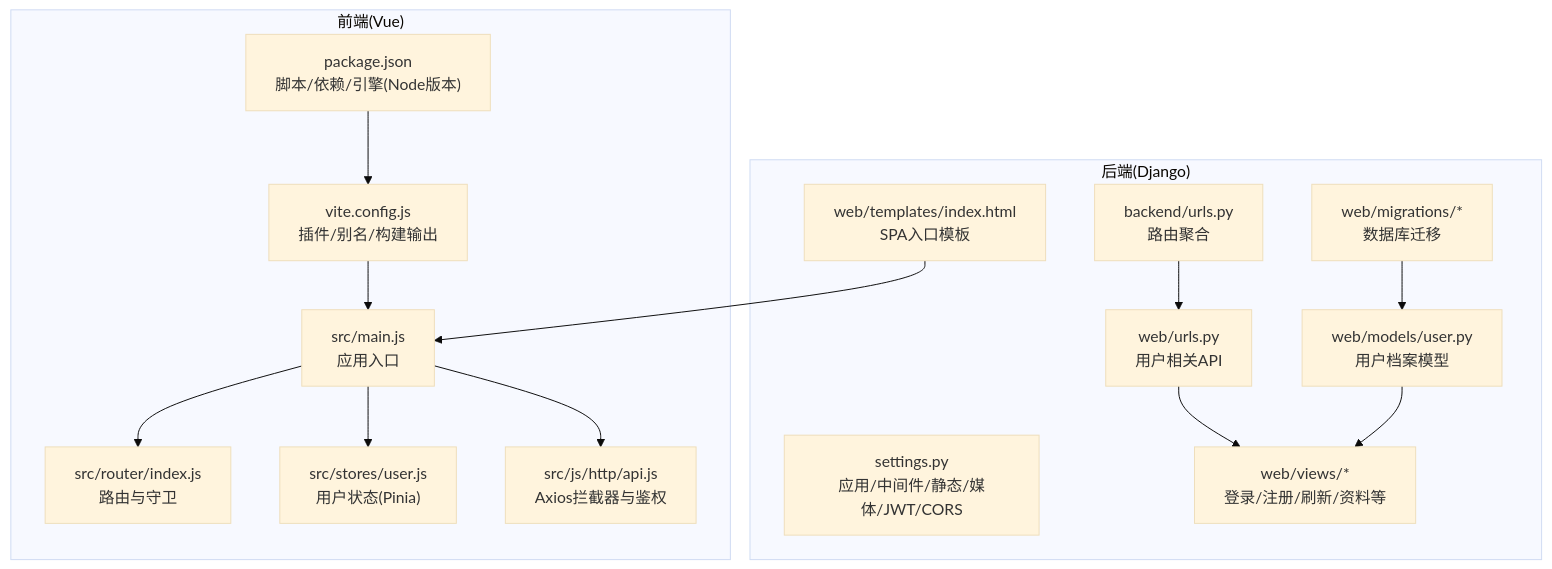
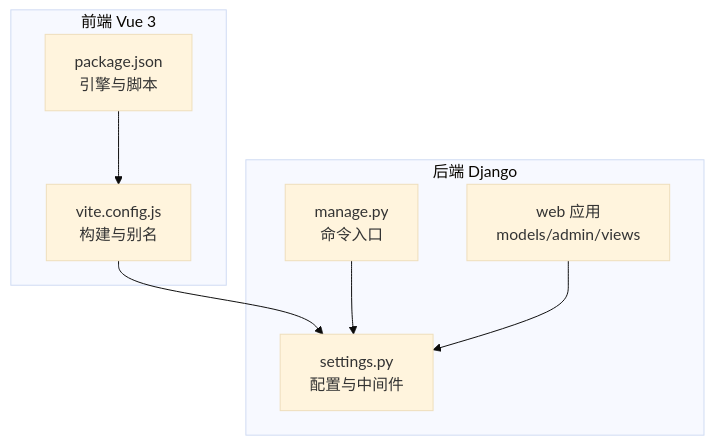
The first of 4 diagrams in .qoder/repowiki/zh/content/快速开始.md (Blaipchi/LLM_AIfriends), drawn with Mermaid (base theme) before and after one commit. The commit also changed other lines of this file and 89 other files, not shown here.

````diff
--- a/.qoder/repowiki/zh/content/快速开始.md
+++ b/.qoder/repowiki/zh/content/快速开始.md
@@ -44,30 +36,16 @@
 ```mermaid
 graph TB
-subgraph "后端(Django)"
-DJSET["settings.py<br/>应用/中间件/静态/媒体/JWT/CORS"]
-DJURL["backend/urls.py<br/>路由聚合"]
-WURL["web/urls.py<br/>用户相关API"]
-VIEWS["web/views/*<br/>登录/注册/刷新/资料等"]
-MODELS["web/models/user.py<br/>用户档案模型"]
-MIG["web/migrations/*<br/>数据库迁移"]
-TPL["web/templates/index.html<br/>SPA入口模板"]
+subgraph "后端 Django"
+S["settings.py<br/>配置与中间件"]
+M["manage.py<br/>命令入口"]
+W["web 应用<br/>models/admin/views"]
 end
-subgraph "前端(Vue)"
-PKG["package.json<br/>脚本/依赖/引擎(Node版本)"]
-VCFG["vite.config.js<br/>插件/别名/构建输出"]
-MAIN["src/main.js<br/>应用入口"]
-ROUTER["src/router/index.js<br/>路由与守卫"]
-STORE["src/stores/user.js<br/>用户状态(Pinia)"]
-API["src/js/http/api.js<br/>Axios拦截器与鉴权"]
+subgraph "前端 Vue 3"
+P["package.json<br/>引擎与脚本"]
+V["vite.config.js<br/>构建与别名"]
 end
-PKG --> VCFG
-VCFG --> MAIN
-MAIN --> ROUTER
-MAIN --> STORE
-MAIN --> API
-DJURL --> WURL
-WURL --> VIEWS
-MODELS --> VIEWS
-MIG --> MODELS
-TPL --> MAIN
+P --> V
+V --> S
+M --> S
+W --> S
 ```
````
